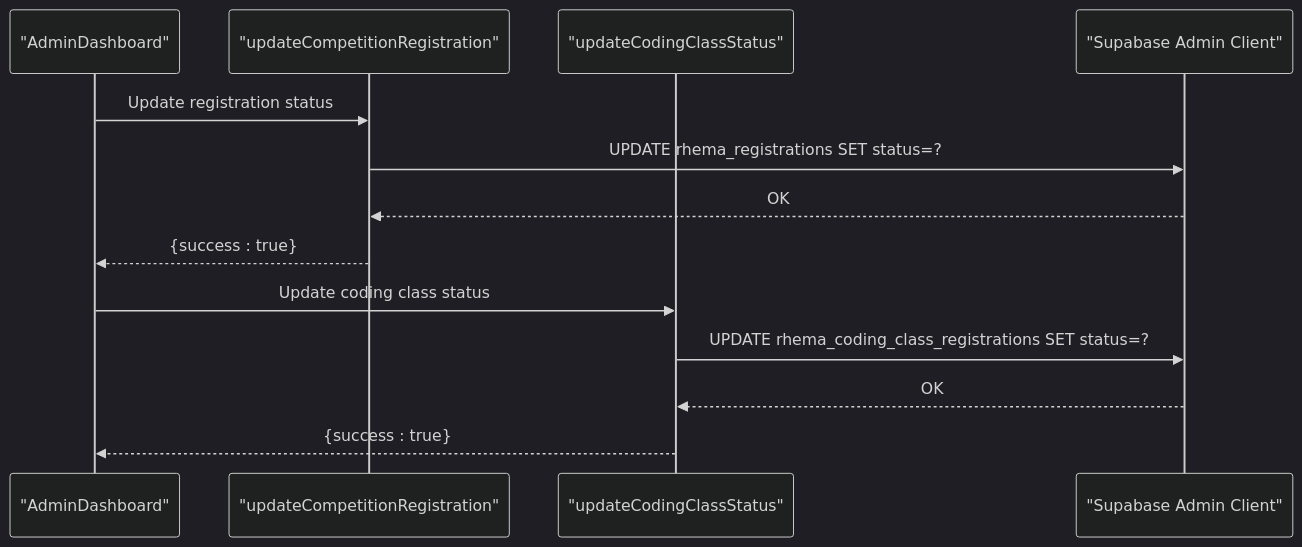
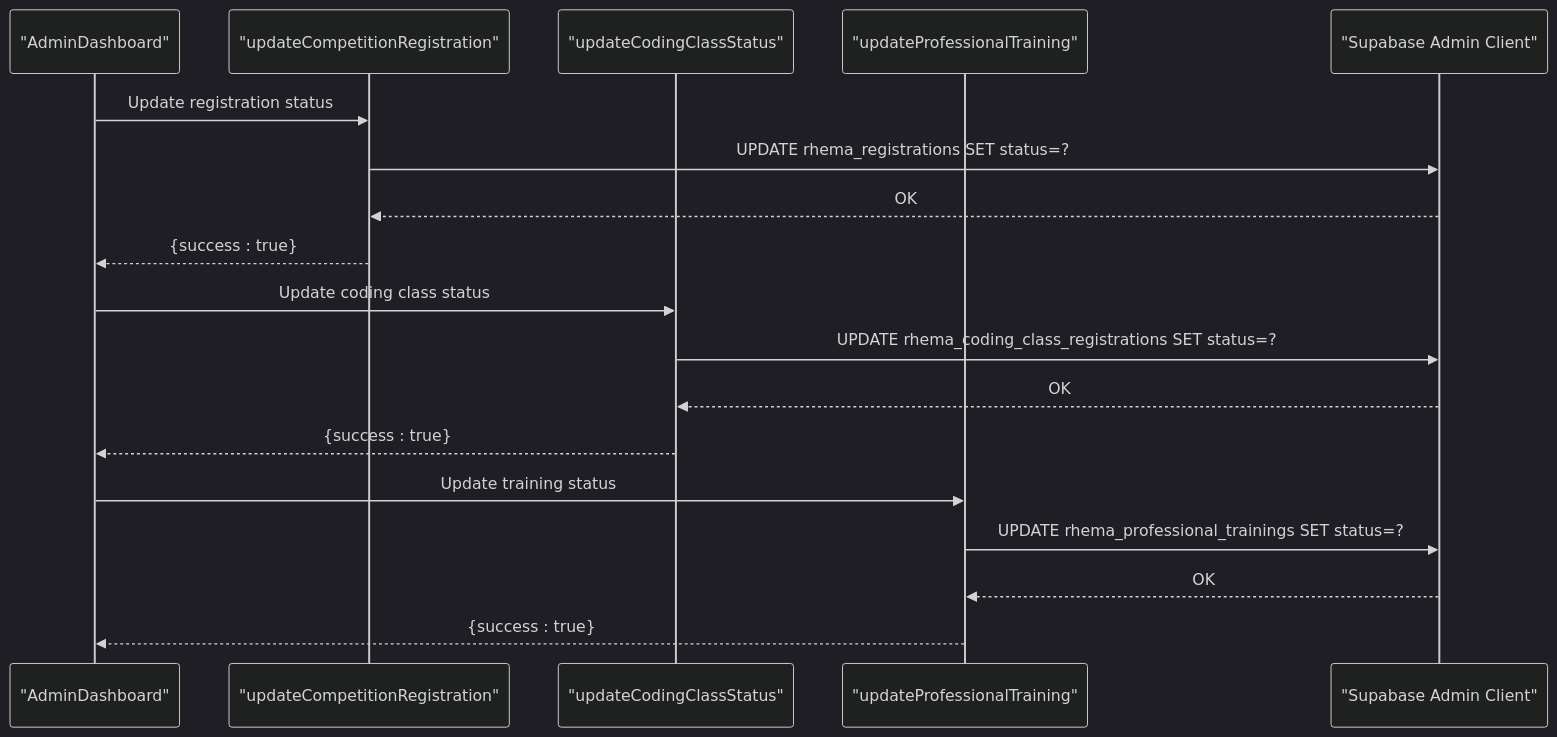
The seventh of 10 diagrams in .qoder/repowiki/en/content/Pages and Routing/Admin Interface.md (Black-box01/rhemaexpertsolutions), drawn with Mermaid (dark theme) before and after one commit. The commit also changed other lines of this file and 31 other files, not shown here.

First line of the commit message:
feat(professional_trainings): add professional training registration table and admin features

````diff
--- a/.qoder/repowiki/en/content/Pages and Routing/Admin Interface.md
+++ b/.qoder/repowiki/en/content/Pages and Routing/Admin Interface.md
@@ -311,15 +341,20 @@
 ```mermaid
 sequenceDiagram
 participant Dashboard as "AdminDashboard"
 participant RegAction as "updateCompetitionRegistration"
 participant CodingAction as "updateCodingClassStatus"
+participant TrainingAction as "updateProfessionalTraining"
 participant SupabaseAdmin as "Supabase Admin Client"
 Dashboard->>RegAction : Update registration status
 RegAction->>SupabaseAdmin : UPDATE rhema_registrations SET status=?
 SupabaseAdmin-->>RegAction : OK
 RegAction-->>Dashboard : {success : true}
 Dashboard->>CodingAction : Update coding class status
 CodingAction->>SupabaseAdmin : UPDATE rhema_coding_class_registrations SET status=?
 SupabaseAdmin-->>CodingAction : OK
 CodingAction-->>Dashboard : {success : true}
+Dashboard->>TrainingAction : Update training status
+TrainingAction->>SupabaseAdmin : UPDATE rhema_professional_trainings SET status=?
+SupabaseAdmin-->>TrainingAction : OK
+TrainingAction-->>Dashboard : {success : true}
 ```
````
